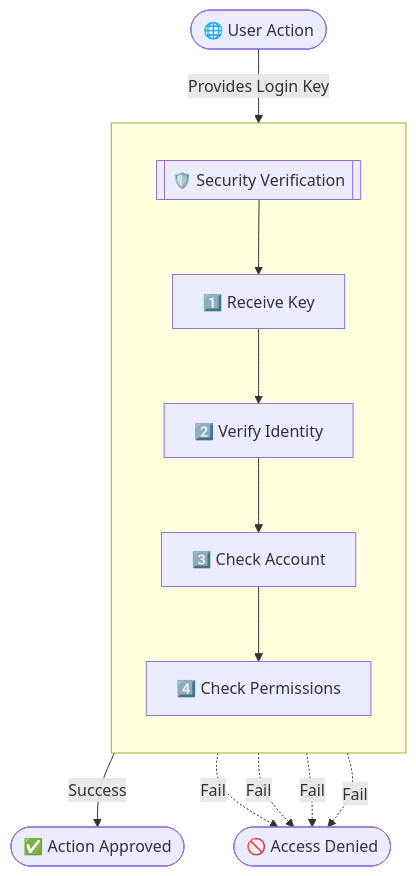
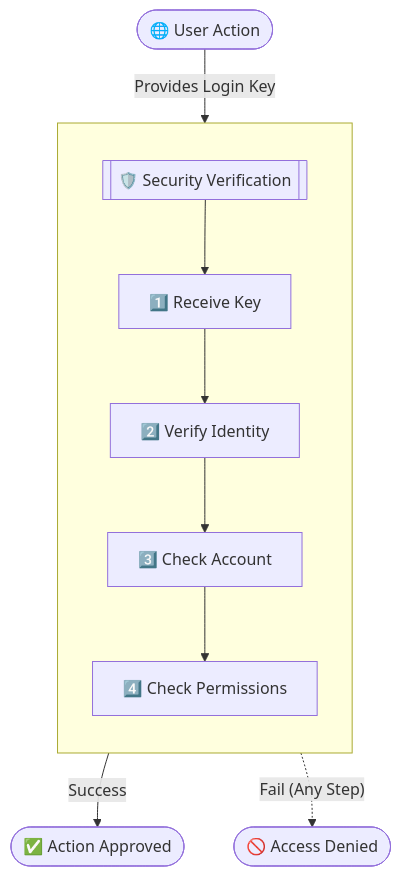
The second of 2 diagrams in README.md (Himanshu-Singh11/Feedback-Collector), drawn with Mermaid before and after one commit.

Commit message:
docs: Fix mermaid staircase alignment bug by merging fail lines into a single box-level line

````diff
--- a/README.md
+++ b/README.md
@@ -107,27 +107,23 @@
 ```mermaid
 flowchart TD
     Request(["🌐 User Action"])
     
     subgraph Middleware [" "]
         direction TB
         Sec[["🛡️ Security Verification"]]
         T["1️⃣ Receive Key"]
         V["2️⃣ Verify Identity"]
         U["3️⃣ Check Account"]
         R["4️⃣ Check Permissions"]
         
-        Sec --> T
-        T --> V --> U --> R
+        Sec --> T --> V --> U --> R
     end
     
     Block(["🚫 Access Denied"])
     Allow(["✅ Action Approved"])
 
     Request -- "Provides Login Key" --> Sec
     R -- "Success" --> Allow
     
-    T -. "Fail" .-> Block
-    V -. "Fail" .-> Block
-    U -. "Fail" .-> Block
-    R -. "Fail" .-> Block
+    Middleware -. "Fail (Any Step)" .-> Block
 ```
````
